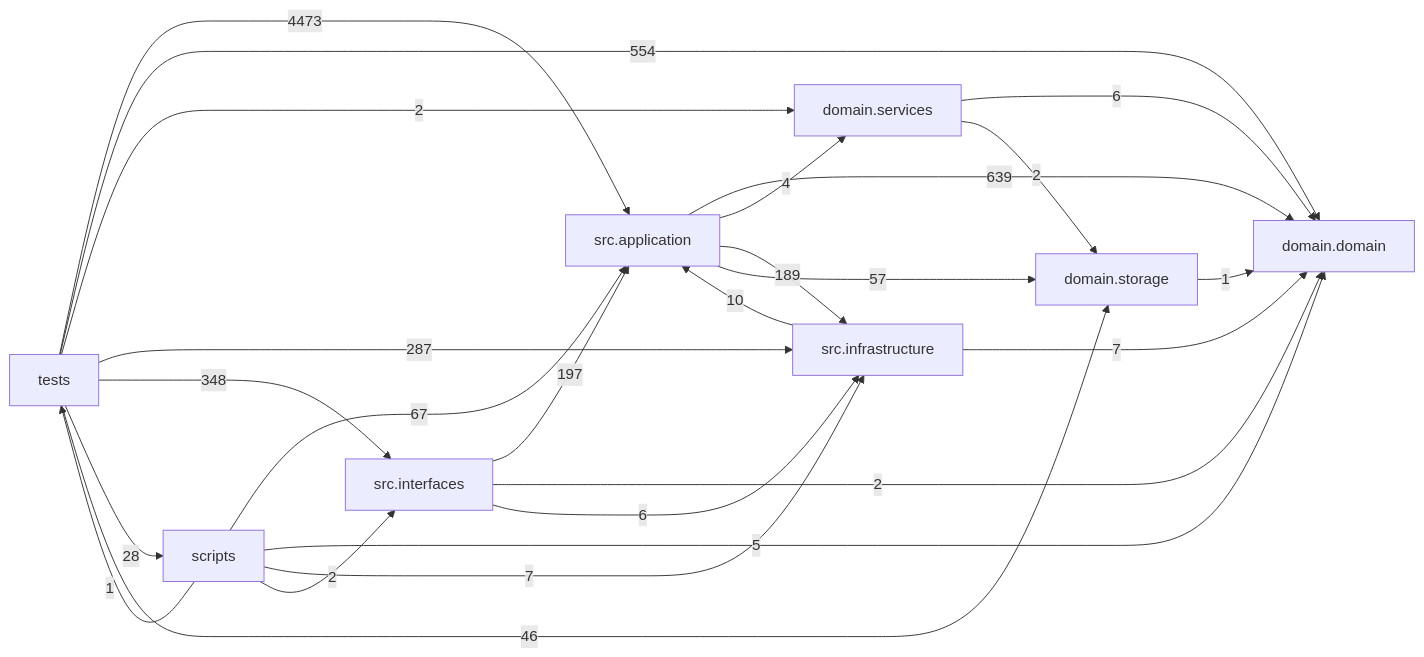
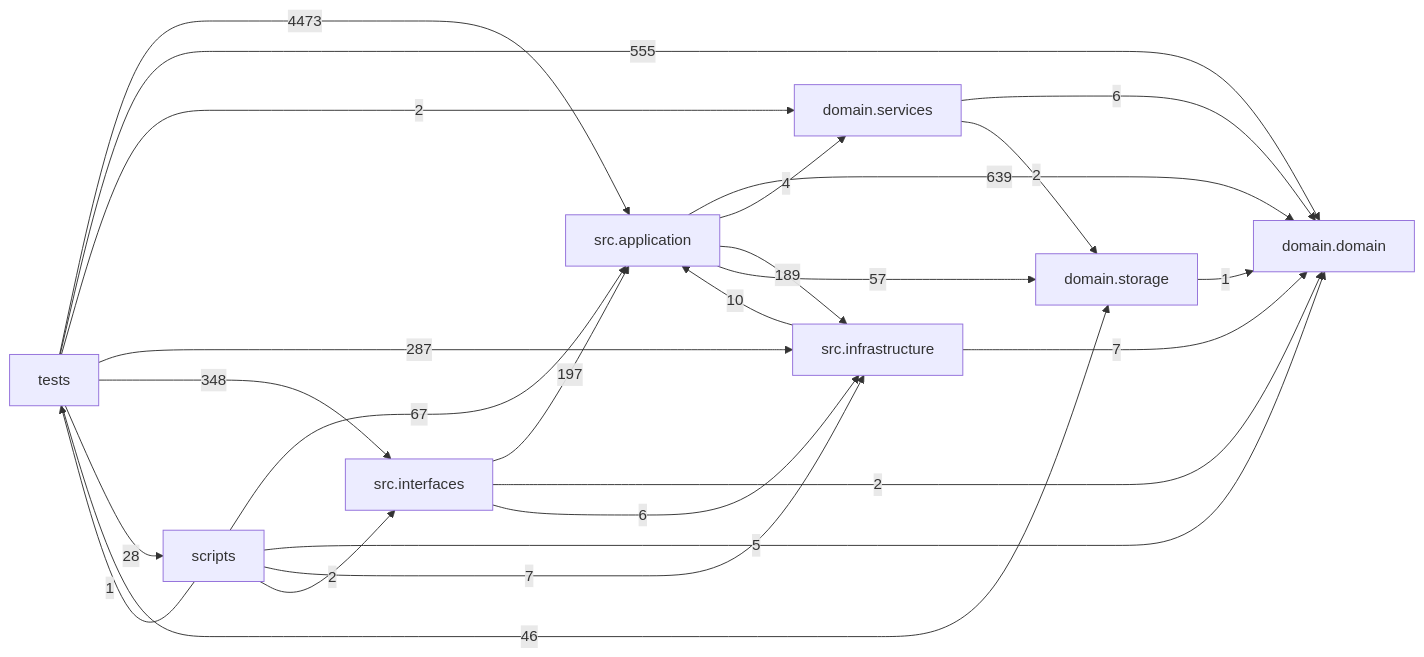
One commit to liuxie066/options-monitor changed the diagram in docs/DEPENDENCY_GRAPH.md. Above: the diagram before and after it, drawn with Mermaid. The commit also changed other lines of this file and 1 other file, not shown here.

````diff
--- a/docs/DEPENDENCY_GRAPH.md
+++ b/docs/DEPENDENCY_GRAPH.md
@@ -24,35 +24,35 @@
 ```mermaid
 flowchart LR
   tests["tests"]
   scripts["scripts"]
   interfaces["src.interfaces"]
   application["src.application"]
   infrastructure["src.infrastructure"]
   domain_services["domain.services"]
   domain["domain.domain"]
   storage["domain.storage"]
   application -->|639| domain
   application -->|4| domain_services
   application -->|189| infrastructure
   application -->|57| storage
   domain_services -->|6| domain
   domain_services -->|2| storage
   infrastructure -->|10| application
   infrastructure -->|7| domain
   interfaces -->|197| application
   interfaces -->|2| domain
   interfaces -->|6| infrastructure
   scripts -->|67| application
   scripts -->|5| domain
   scripts -->|7| infrastructure
   scripts -->|2| interfaces
   scripts -->|1| tests
   storage -->|1| domain
   tests -->|4473| application
-  tests -->|554| domain
+  tests -->|555| domain
   tests -->|2| domain_services
   tests -->|287| infrastructure
   tests -->|348| interfaces
   tests -->|28| scripts
   tests -->|46| storage
 ```
````
